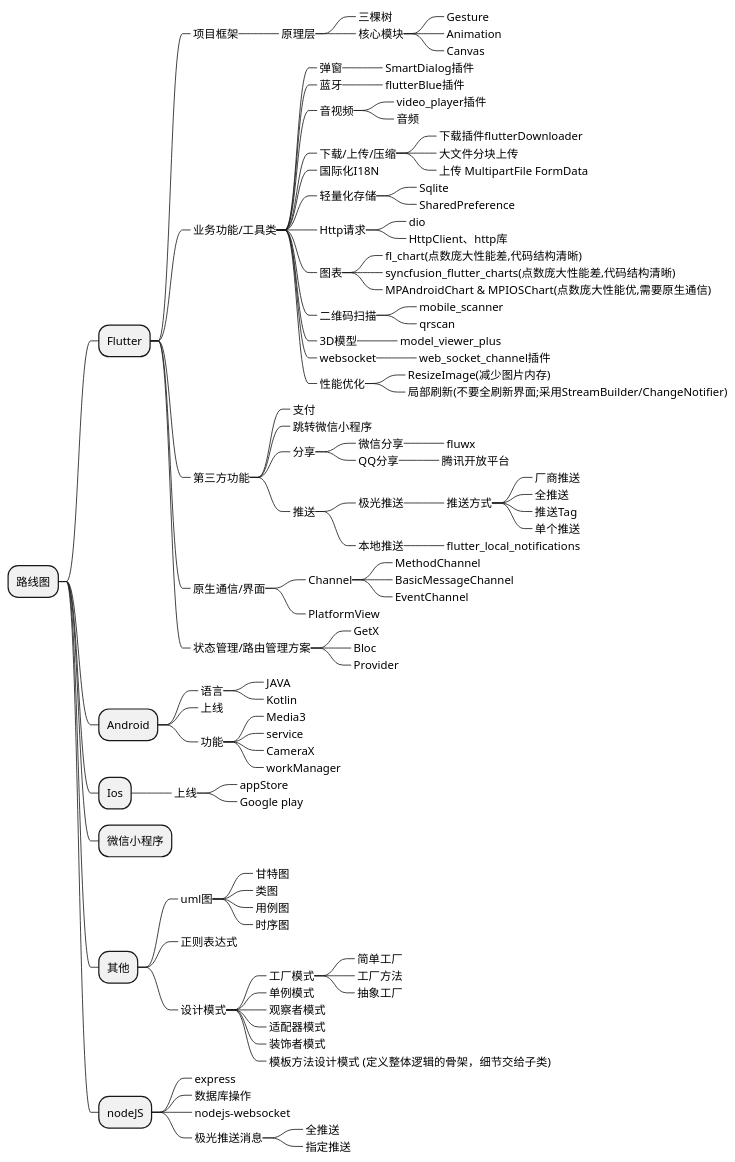
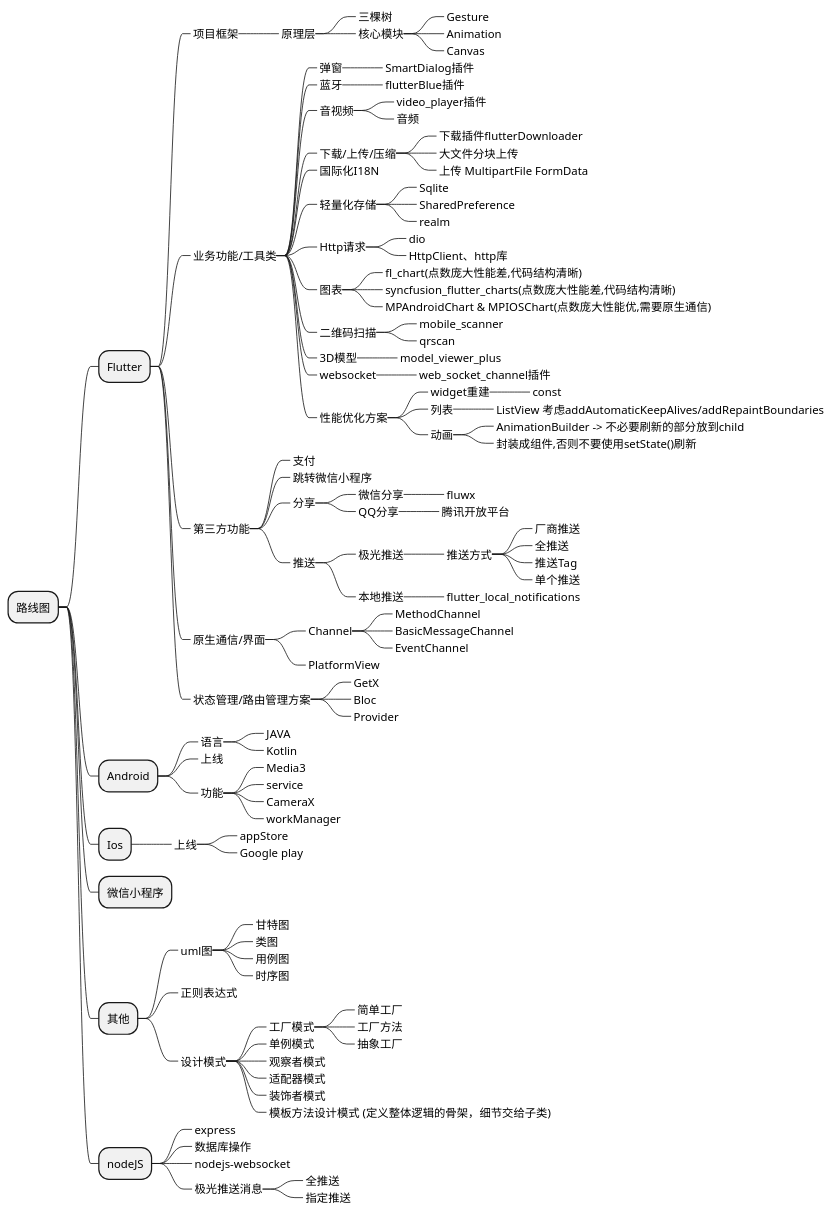
Before and after one commit to HEROhuqinchao/flutter_bilibili_getx: the diagram in schedule.pu, drawn with PlantUML. The commit also changed 333 other files, not shown here.

```diff
--- a/schedule.pu
+++ b/schedule.pu
@@ -1,121 +1,126 @@
 @startmindmap
 * 路线图
 
 ** Flutter
 ***_ 项目框架
 ****_ 原理层
 *****_ 三棵树
 *****_ 核心模块
 ******_ Gesture
 ******_ Animation
 ******_ Canvas
 
 ***_ 业务功能/工具类
 ****_ 弹窗
 *****_ SmartDialog插件
 ****_ 蓝牙
 *****_ flutterBlue插件
 ****_ 音视频
 *****_ video_player插件
 *****_ 音频
 ****_ 下载/上传/压缩
 *****_ 下载插件flutterDownloader
 *****_ 大文件分块上传
 *****_ 上传 MultipartFile FormData
 ****_ 国际化I18N
 ****_ 轻量化存储
 *****_ Sqlite
 *****_ SharedPreference
+*****_ realm
 ****_ Http请求
 *****_ dio
 *****_ HttpClient、http库
 ****_ 图表
 *****_ fl_chart(点数庞大性能差,代码结构清晰)
 *****_ syncfusion_flutter_charts(点数庞大性能差,代码结构清晰)
 *****_ MPAndroidChart & MPIOSChart(点数庞大性能优,需要原生通信)
 ****_ 二维码扫描
 *****_ mobile_scanner
 *****_ qrscan
 ****_ 3D模型
 *****_ model_viewer_plus
 ****_ websocket
 *****_ web_socket_channel插件
-****_ 性能优化
-*****_ ResizeImage(减少图片内存)
-*****_ 局部刷新(不要全刷新界面;采用StreamBuilder/ChangeNotifier)
-
+****_ 性能优化方案
+*****_ widget重建
+******_ const
+*****_ 列表
+******_ ListView 考虑addAutomaticKeepAlives/addRepaintBoundaries
+*****_ 动画
+******_ AnimationBuilder -> 不必要刷新的部分放到child
+******_ 封装成组件,否则不要使用setState()刷新
 ***_ 第三方功能
 ****_ 支付
 ****_ 跳转微信小程序
 ****_ 分享
 *****_ 微信分享
 ******_ fluwx
 *****_ QQ分享
 ******_ 腾讯开放平台
 ****_ 推送
 *****_ 极光推送
 ******_ 推送方式
 *******_ 厂商推送
 *******_ 全推送
 *******_ 推送Tag
 *******_ 单个推送
 *****_ 本地推送
 ******_ flutter_local_notifications
 
 ***_ 原生通信/界面
 ****_ Channel
 *****_ MethodChannel
 *****_ BasicMessageChannel
 *****_ EventChannel
 
 ****_ PlatformView
 
 ***_ 状态管理/路由管理方案
 ****_ GetX
 ****_ Bloc
 ****_ Provider
 
 ** Android
 ***_ 语言
 ****_ JAVA
 ****_ Kotlin
 ***_ 上线
 ***_ 功能
 ****_ Media3
 ****_ service
 ****_ CameraX
 ****_ workManager
 
 ** Ios
 ***_ 上线
 ****_ appStore
 ****_ Google play
 
 ** 微信小程序
 
 ** 其他
 ***_ uml图
 ****_ 甘特图
 ****_ 类图
 ****_ 用例图
 ****_ 时序图
 ***_ 正则表达式
 ***_ 设计模式
 ****_ 工厂模式
 *****_ 简单工厂
 *****_ 工厂方法
 *****_ 抽象工厂
 ****_ 单例模式
 ****_ 观察者模式
 ****_ 适配器模式
 ****_ 装饰者模式
 ****_ 模板方法设计模式 (定义整体逻辑的骨架，细节交给子类)
 
 ** nodeJS
 ***_ express
 ***_ 数据库操作
 ***_ nodejs-websocket
 ***_ 极光推送消息
 ****_ 全推送
 ****_ 指定推送
 @endmindmap
```
